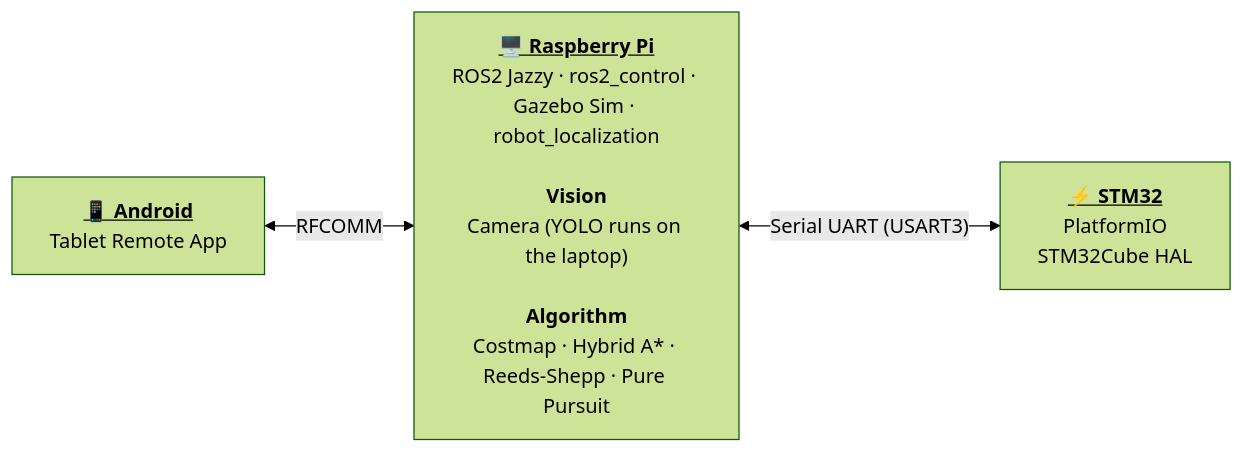
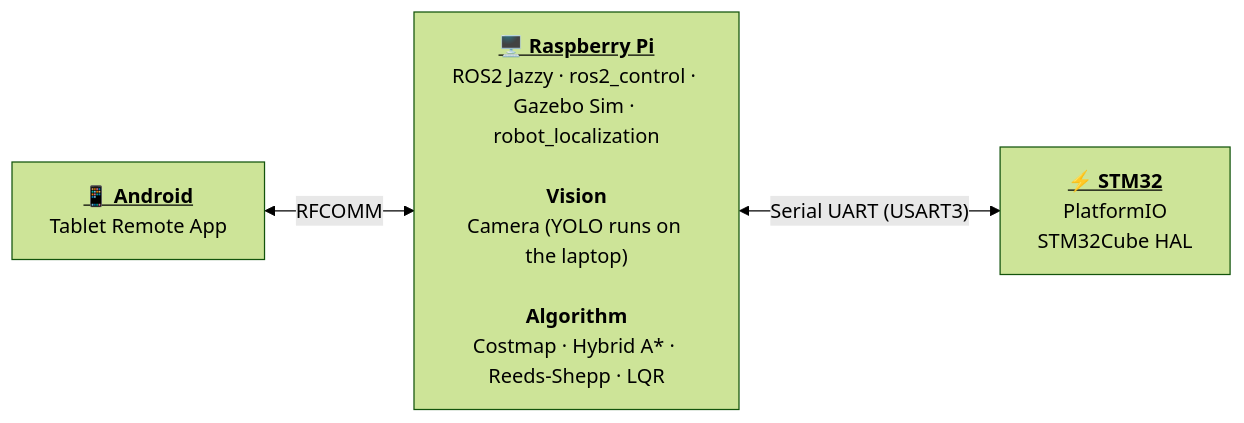
Before and after one commit to Alvin0523/mdp: the diagram in docs/index.md, drawn with Mermaid (forest theme). The commit also changed other lines of this file and 126 other files, not shown here.

````diff
--- a/docs/index.md
+++ b/docs/index.md
@@ -12,9 +12,9 @@
 ```mermaid
 graph LR
   ANDROID["<b><u>📱 Android</u></b><br/>Tablet Remote App"]
-  RPI["<b><u>🖥️ Raspberry Pi</u></b><br/>ROS2 Jazzy · ros2_control · Gazebo Sim · robot_localization<br/><br/><b>Vision</b><br/>Camera (YOLO runs on the laptop)<br/><br/><b>Algorithm</b><br/>Costmap · Hybrid A* · Reeds-Shepp · Pure Pursuit"]
+  RPI["<b><u>🖥️ Raspberry Pi</u></b><br/>ROS2 Jazzy · ros2_control · Gazebo Sim · robot_localization<br/><br/><b>Vision</b><br/>Camera (YOLO runs on the laptop)<br/><br/><b>Algorithm</b><br/>Costmap · Hybrid A* · Reeds-Shepp · LQR"]
   STM32["<b><u>⚡ STM32</u></b><br/>PlatformIO<br/>STM32Cube HAL"]
 
   ANDROID <-->|"RFCOMM"| RPI
   RPI <-->|"Serial UART (USART3)"| STM32
 ```
````
